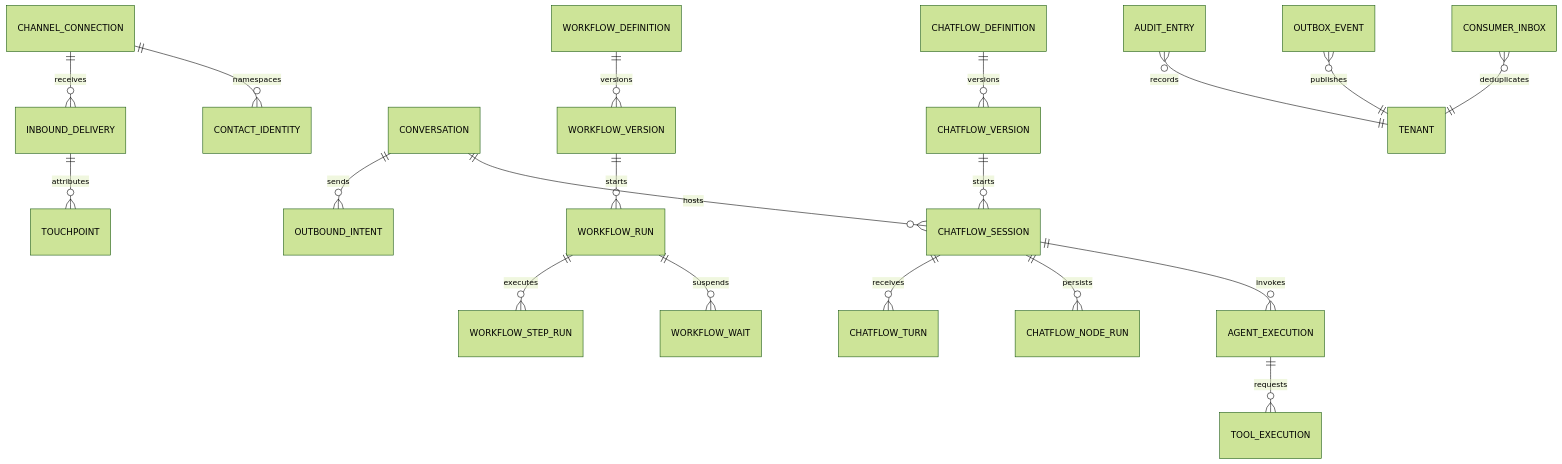
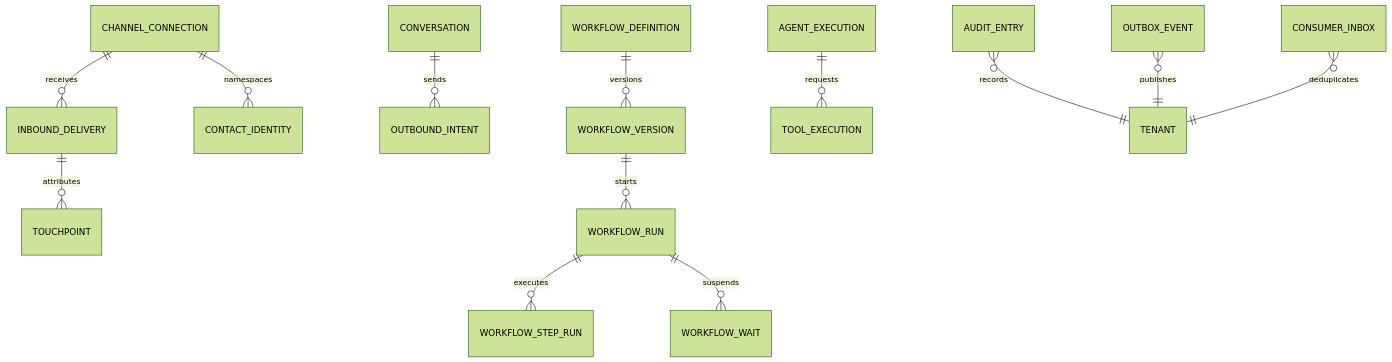
Before and after one commit to tanlehd/agentic-crm: the second of 3 diagrams in docs/data/model.md, drawn with Mermaid (forest theme). The commit also changed other lines of this file and 1244 other files, not shown here.

````diff
--- a/docs/data/model.md
+++ b/docs/data/model.md
@@ -78,21 +78,15 @@
 ```mermaid
 erDiagram
   CHANNEL_CONNECTION ||--o{ INBOUND_DELIVERY : receives
   CHANNEL_CONNECTION ||--o{ CONTACT_IDENTITY : namespaces
   INBOUND_DELIVERY ||--o{ TOUCHPOINT : attributes
   CONVERSATION ||--o{ OUTBOUND_INTENT : sends
   WORKFLOW_DEFINITION ||--o{ WORKFLOW_VERSION : versions
   WORKFLOW_VERSION ||--o{ WORKFLOW_RUN : starts
   WORKFLOW_RUN ||--o{ WORKFLOW_STEP_RUN : executes
   WORKFLOW_RUN ||--o{ WORKFLOW_WAIT : suspends
-  CHATFLOW_DEFINITION ||--o{ CHATFLOW_VERSION : versions
-  CHATFLOW_VERSION ||--o{ CHATFLOW_SESSION : starts
-  CONVERSATION ||--o{ CHATFLOW_SESSION : hosts
-  CHATFLOW_SESSION ||--o{ CHATFLOW_TURN : receives
-  CHATFLOW_SESSION ||--o{ CHATFLOW_NODE_RUN : persists
-  CHATFLOW_SESSION ||--o{ AGENT_EXECUTION : invokes
   AGENT_EXECUTION ||--o{ TOOL_EXECUTION : requests
   AUDIT_ENTRY }o--|| TENANT : records
   OUTBOX_EVENT }o--|| TENANT : publishes
   CONSUMER_INBOX }o--|| TENANT : deduplicates
 ```
````
